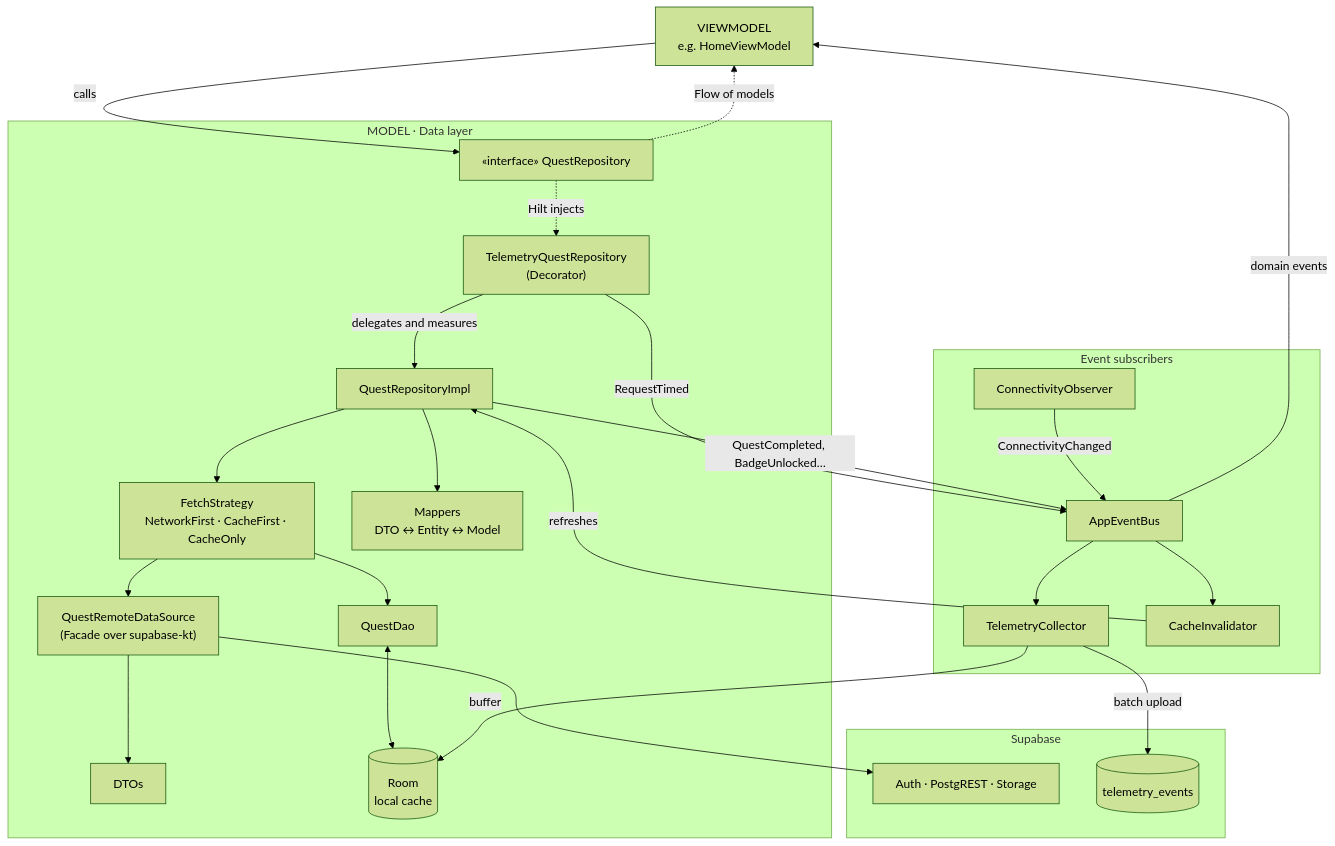
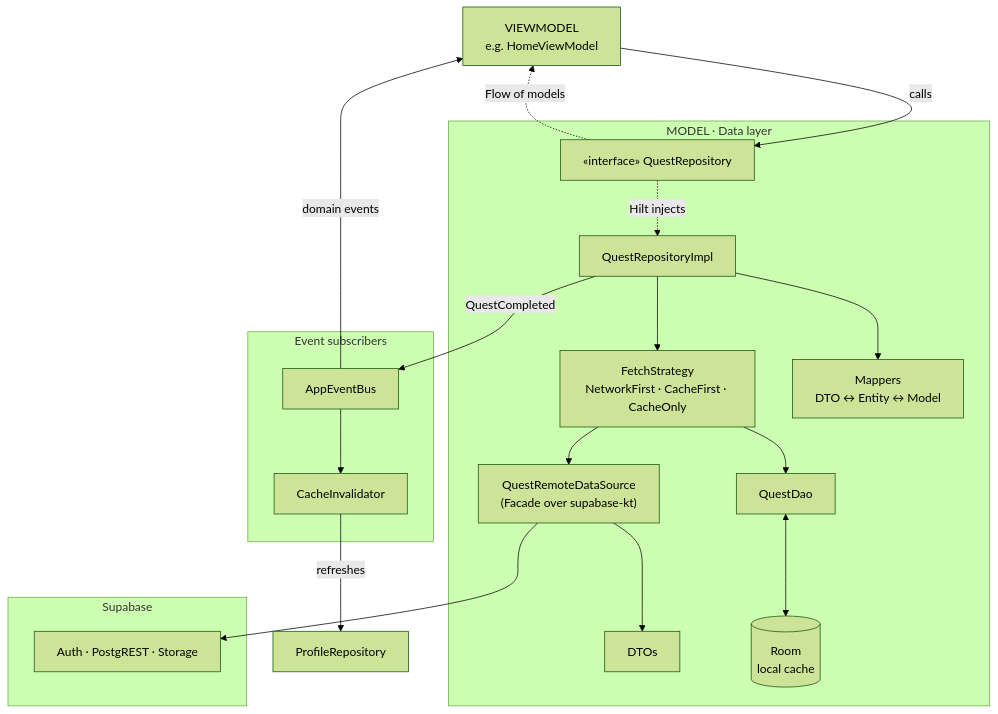
One commit to jdgutierrezr/wandr-android changed the third of 7 diagrams in docs/ARCHITECTURE.md. Above: the diagram before and after it, drawn with Mermaid (forest theme). The commit also changed other lines of this file and 3 other files, not shown here.

````diff
--- a/docs/ARCHITECTURE.md
+++ b/docs/ARCHITECTURE.md
@@ -189,50 +177,40 @@
 ```mermaid
 flowchart TB
     VM["VIEWMODEL<br/>e.g. HomeViewModel"]
 
     subgraph DATA["MODEL · Data layer"]
         RepoI["«interface» QuestRepository"]
-        Deco["TelemetryQuestRepository<br/>(Decorator)"]
         Impl["QuestRepositoryImpl"]
         Strat["FetchStrategy<br/>NetworkFirst · CacheFirst · CacheOnly"]
         Mapper["Mappers<br/>DTO ↔ Entity ↔ Model"]
         Remote["QuestRemoteDataSource<br/>(Facade over supabase-kt)"]
         DTO["DTOs"]
         DAO["QuestDao"]
         Room[("Room<br/>local cache")]
     end
 
     subgraph EVT["Event subscribers"]
         Bus["AppEventBus"]
-        Tel["TelemetryCollector"]
         Inv["CacheInvalidator"]
-        Conn["ConnectivityObserver"]
     end
 
     subgraph SB["Supabase"]
         API["Auth · PostgREST · Storage"]
-        TelT[("telemetry_events")]
     end
 
     VM -->|"calls"| RepoI
     RepoI -.->|"Flow of models"| VM
-    RepoI -.->|"Hilt injects"| Deco
-    Deco -->|"delegates and measures"| Impl
+    RepoI -.->|"Hilt injects"| Impl
     Impl --> Strat
     Impl --> Mapper
     Strat --> DAO
     Strat --> Remote
     DAO <--> Room
     Remote --> DTO
     Remote --> API
 
-    Deco -->|"RequestTimed"| Bus
-    Impl -->|"QuestCompleted, BadgeUnlocked…"| Bus
-    Conn -->|"ConnectivityChanged"| Bus
-    Bus --> Tel
+    Impl -->|"QuestCompleted"| Bus
     Bus --> Inv
     Bus -->|"domain events"| VM
-    Inv -->|"refreshes"| Impl
-    Tel -->|"buffer"| Room
-    Tel -->|"batch upload"| TelT
+    Inv -->|"refreshes"| Profile["ProfileRepository"]
 ```
````
